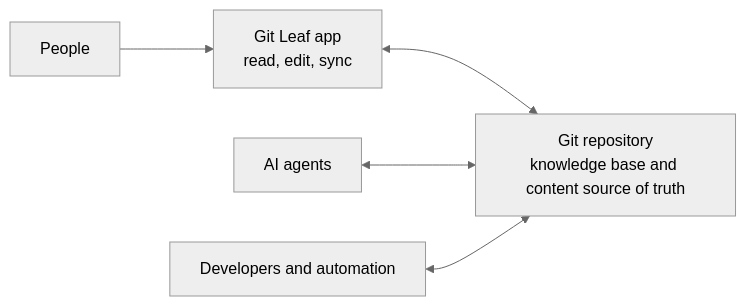
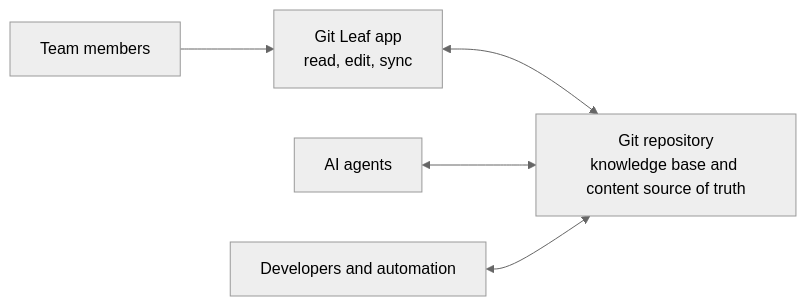
Before and after one commit to ArrowYing/git-leaf: the diagram in marketing/positioning.md, drawn with Mermaid (neutral theme). The commit also changed other lines of this file and 9 other files, not shown here.

Commit message:
Position Git Leaf for shared team knowledge

````diff
--- a/marketing/positioning.md
+++ b/marketing/positioning.md
@@ -26,7 +28,7 @@
 ```mermaid
 flowchart LR
-    H["People"] --> GL["Git Leaf app<br/>read, edit, sync"]
+    H["Team members"] --> GL["Git Leaf app<br/>read, edit, sync"]
     GL <--> G["Git repository<br/>knowledge base and content source of truth"]
     A["AI agents"] <--> G
     D["Developers and automation"] <--> G
 ```
````
